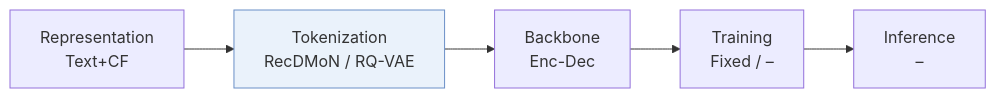
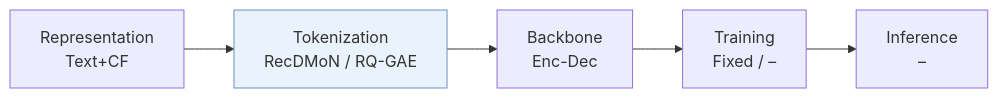
Before and after one commit to Galaxy-ghost/Awesome-SID-Generative-Rec: the first of 2 diagrams in pages/papers/gris-recdmon-rq-gae.md, drawn with Mermaid. The commit also changed other lines of this file and 18 other files, not shown here.

````diff
--- a/pages/papers/gris-recdmon-rq-gae.md
+++ b/pages/papers/gris-recdmon-rq-gae.md
@@ -11,6 +11,6 @@
 ```mermaid
 flowchart LR
-    R["Representation<br/>Text+CF"] --> T["Tokenization<br/>RecDMoN / RQ-VAE"] --> B["Backbone<br/>Enc-Dec"] --> TR["Training<br/>Fixed / –"] --> I["Inference<br/>–"]
+    R["Representation<br/>Text+CF"] --> T["Tokenization<br/>RecDMoN / RQ-GAE"] --> B["Backbone<br/>Enc-Dec"] --> TR["Training<br/>Fixed / –"] --> I["Inference<br/>–"]
     classDef main fill:#eaf2fb,stroke:#6b8fc7
     class T main
 ```
````
